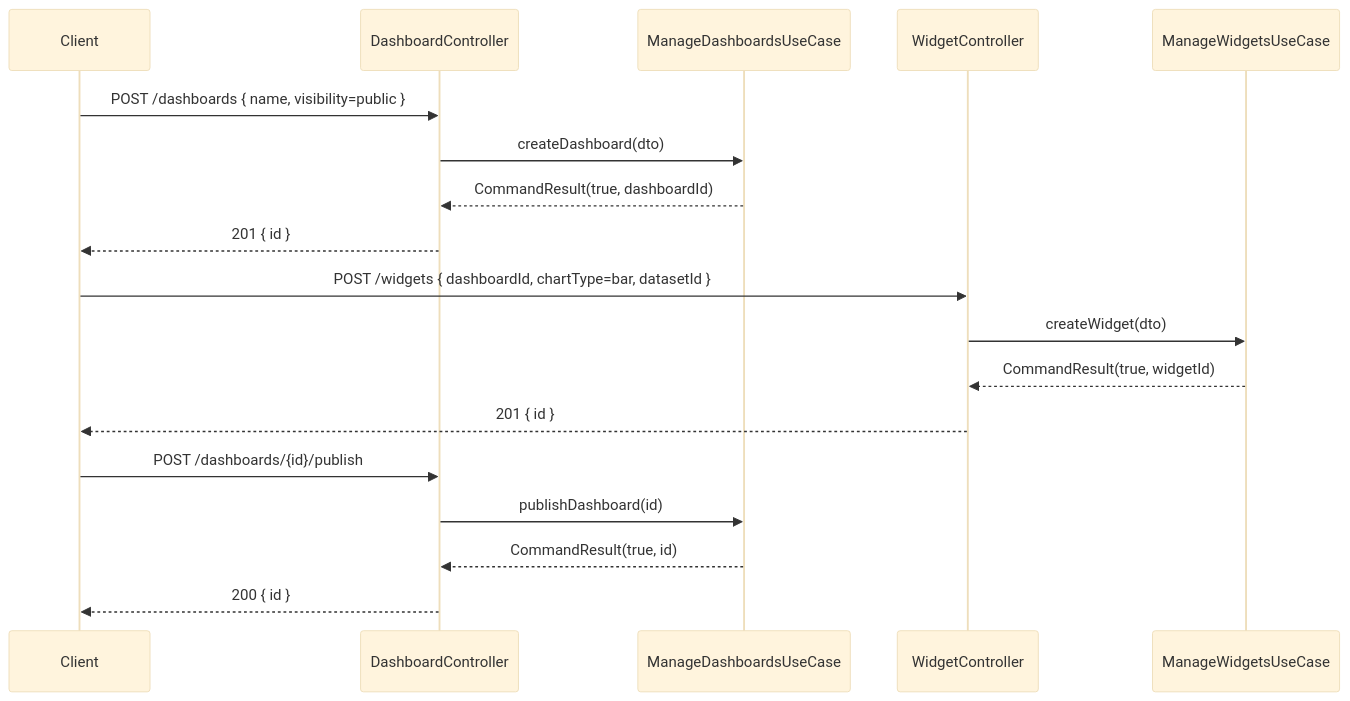
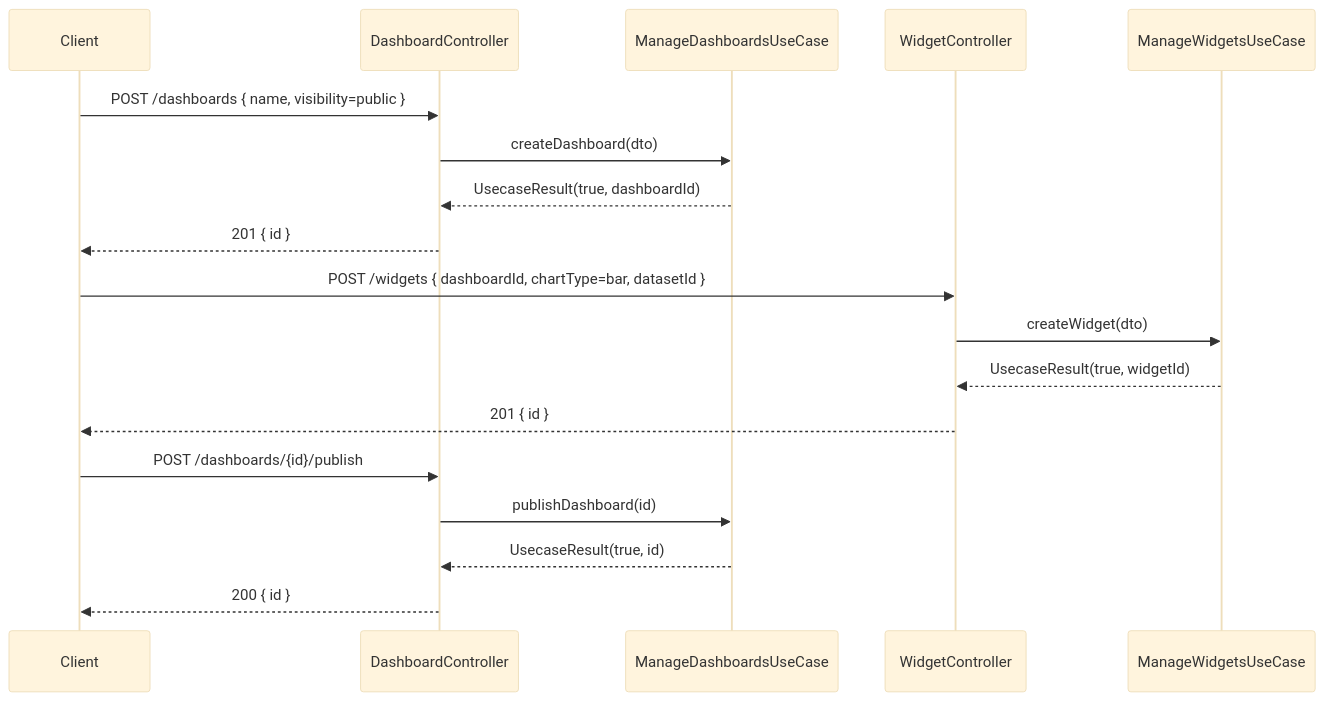
The third of 4 diagrams in failed/analytics-failed/UML.md (UIMSolutions/uim-platform), drawn with Mermaid (base theme) before and after one commit. The commit also changed other lines of this file and 907 other files, not shown here.

Commit message:
Rename CommandResult

````diff
--- a/failed/analytics-failed/UML.md
+++ b/failed/analytics-failed/UML.md
@@ -126,23 +126,23 @@
 ```mermaid
 sequenceDiagram
     participant Client
     participant DC as DashboardController
     participant DUC as ManageDashboardsUseCase
     participant WC as WidgetController
     participant WUC as ManageWidgetsUseCase
 
     Client->>DC: POST /dashboards { name, visibility=public }
     DC->>DUC: createDashboard(dto)
-    DUC-->>DC: CommandResult(true, dashboardId)
+    DUC-->>DC: UsecaseResult(true, dashboardId)
     DC-->>Client: 201 { id }
 
     Client->>WC: POST /widgets { dashboardId, chartType=bar, datasetId }
     WC->>WUC: createWidget(dto)
-    WUC-->>WC: CommandResult(true, widgetId)
+    WUC-->>WC: UsecaseResult(true, widgetId)
     WC-->>Client: 201 { id }
 
     Client->>DC: POST /dashboards/{id}/publish
     DC->>DUC: publishDashboard(id)
-    DUC-->>DC: CommandResult(true, id)
+    DUC-->>DC: UsecaseResult(true, id)
     DC-->>Client: 200 { id }
 ```
````
